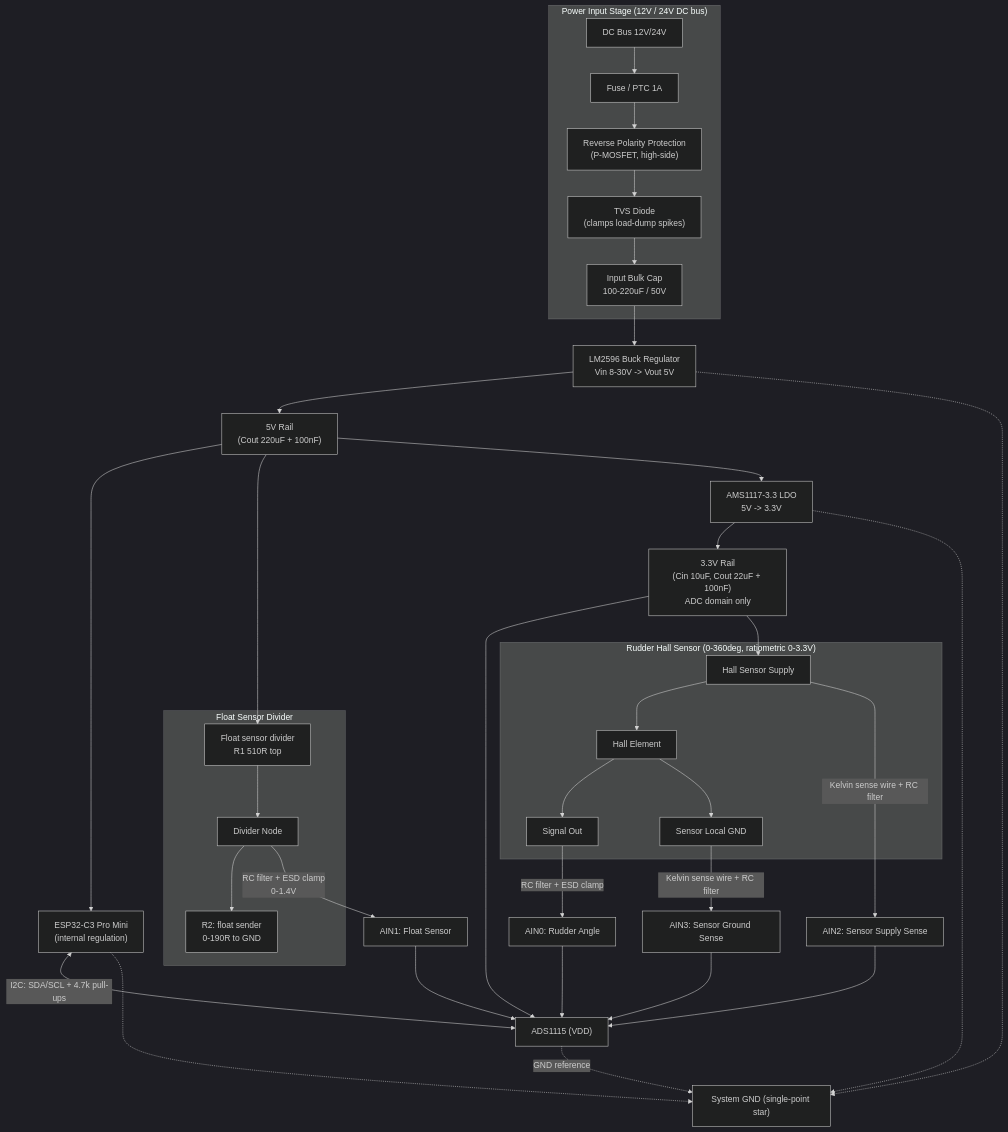
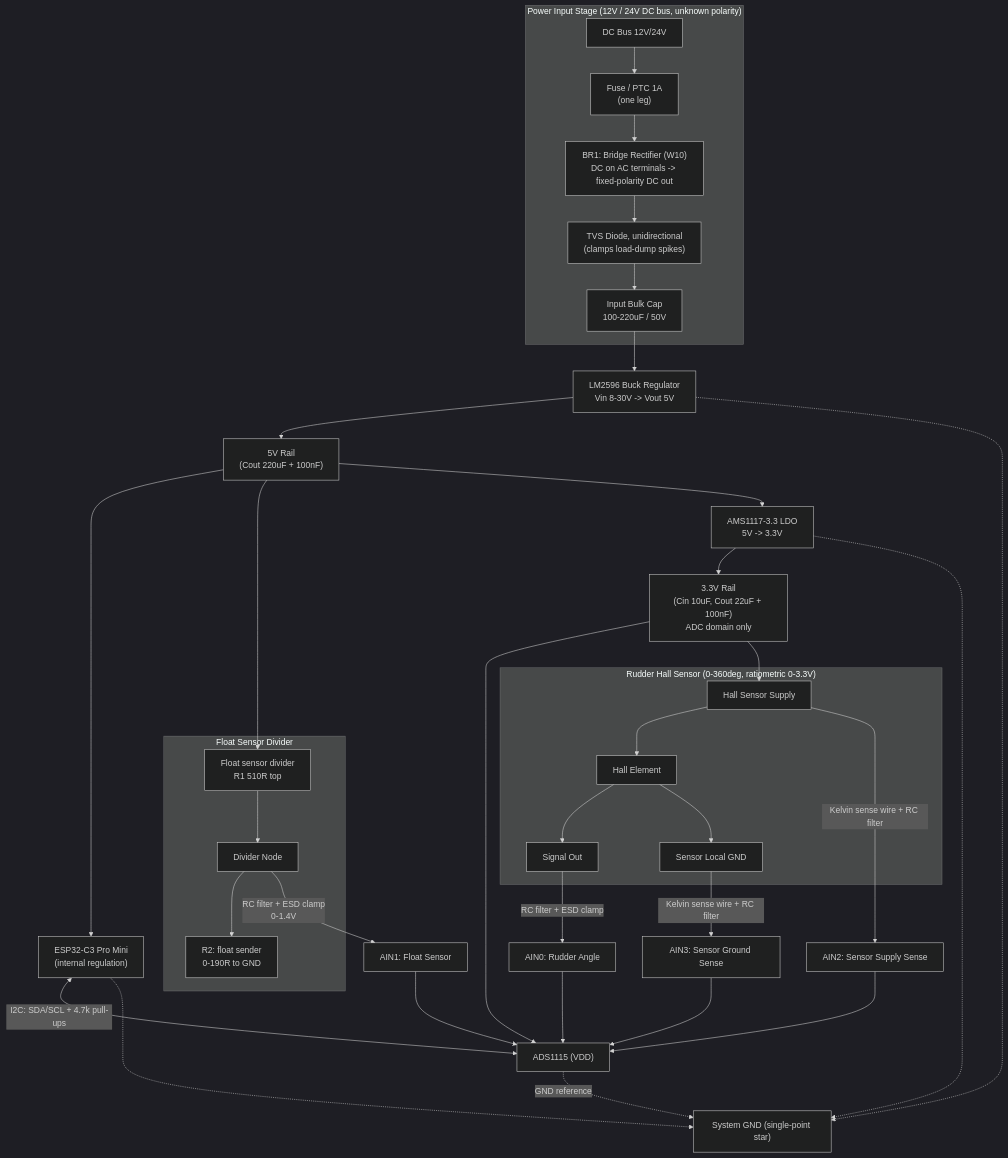
The diagram in docs/HARDWARE-DESIGN.md (pandiannano/RudderAngleIndicator-ESP32C3-ADS1115-AngleSensor-Circuit), drawn with Mermaid (dark theme) before and after one commit. The commit also changed other lines of this file and 1 other file, not shown here.

First line of the commit message:
Rev C: replace reverse-polarity MOSFET with bridge rectifier (W10)

````diff
--- a/docs/HARDWARE-DESIGN.md
+++ b/docs/HARDWARE-DESIGN.md
@@ -9,48 +9,48 @@
 ```mermaid
 flowchart TB
-    subgraph INPUT["Power Input Stage (12V / 24V DC bus)"]
-        BUS["DC Bus 12V/24V"] --> FUSE["Fuse / PTC 1A"]
-        FUSE --> RPP["Reverse Polarity Protection\n(P-MOSFET, high-side)"]
-        RPP --> TVS["TVS Diode\n(clamps load-dump spikes)"]
+    subgraph INPUT["Power Input Stage (12V / 24V DC bus, unknown polarity)"]
+        BUS["DC Bus 12V/24V"] --> FUSE["Fuse / PTC 1A\n(one leg)"]
+        FUSE --> BRIDGE["BR1: Bridge Rectifier (W10)\nDC on AC terminals -> fixed-polarity DC out"]
+        BRIDGE --> TVS["TVS Diode, unidirectional\n(clamps load-dump spikes)"]
         TVS --> CIN["Input Bulk Cap\n100-220uF / 50V"]
     end
 
     CIN --> LM["LM2596 Buck Regulator\nVin 8-30V -> Vout 5V"]
     LM --> R5V["5V Rail\n(Cout 220uF + 100nF)"]
 
     R5V --> ESP["ESP32-C3 Pro Mini\n(internal regulation)"]
     R5V --> FLTTOP["Float sensor divider\nR1 510R top"]
     R5V --> AMS["AMS1117-3.3 LDO\n5V -> 3.3V"]
     AMS --> R33["3.3V Rail\n(Cin 10uF, Cout 22uF + 100nF)\nADC domain only"]
 
     R33 --> ADS["ADS1115 (VDD)"]
     R33 --> SSUP["Hall Sensor Supply"]
 
     ESP <-->|"I2C: SDA/SCL + 4.7k pull-ups"| ADS
 
     subgraph SENSOR["Rudder Hall Sensor (0-360deg, ratiometric 0-3.3V)"]
         SSUP --> HALL["Hall Element"]
         HALL --> SIG["Signal Out"]
         HALL --> SGND["Sensor Local GND"]
     end
 
     subgraph FLOAT["Float Sensor Divider"]
         FLTTOP --> FNODE["Divider Node"]
         FNODE --> R2VAR["R2: float sender\n0-190R to GND"]
     end
 
     SIG -->|"RC filter + ESD clamp"| AIN0["AIN0: Rudder Angle"]
     FNODE -->|"RC filter + ESD clamp\n0-1.4V"| AIN1["AIN1: Float Sensor"]
     SSUP -->|"Kelvin sense wire + RC filter"| AIN2["AIN2: Sensor Supply Sense"]
     SGND -->|"Kelvin sense wire + RC filter"| AIN3["AIN3: Sensor Ground Sense"]
 
     AIN0 --> ADS
     AIN1 --> ADS
     AIN2 --> ADS
     AIN3 --> ADS
 
     ADS -.->|"GND reference"| SYSGND["System GND (single-point star)"]
     ESP -.-> SYSGND
     AMS -.-> SYSGND
     LM -.-> SYSGND
 ```
````
